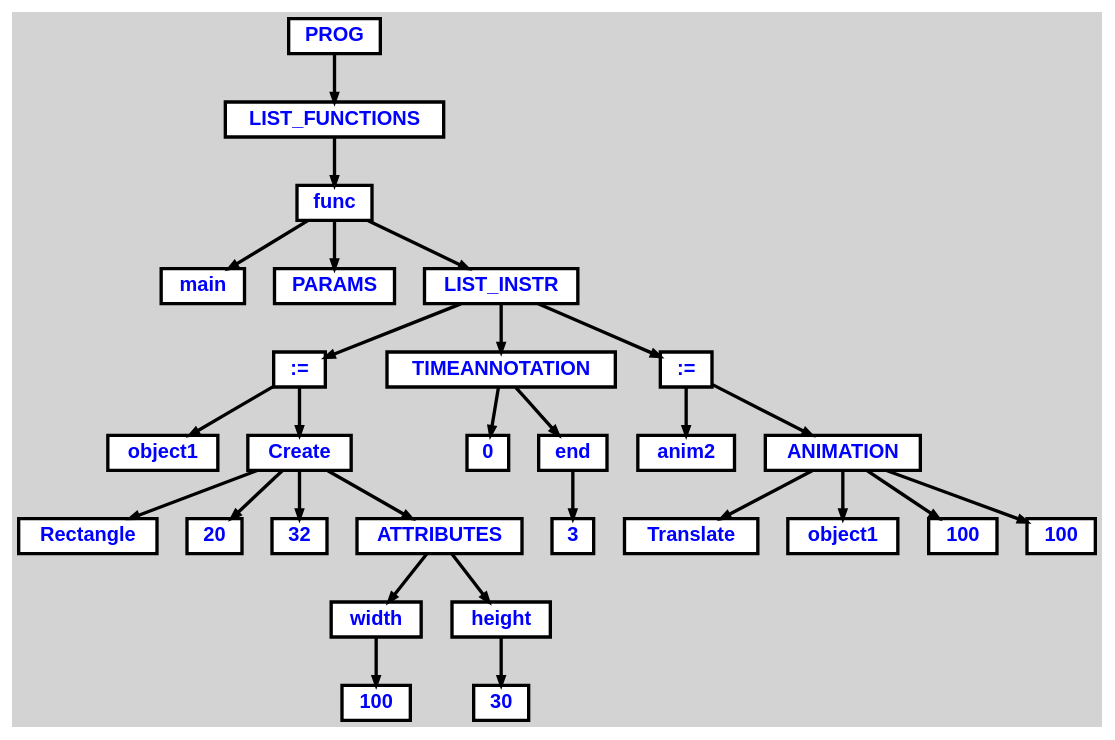
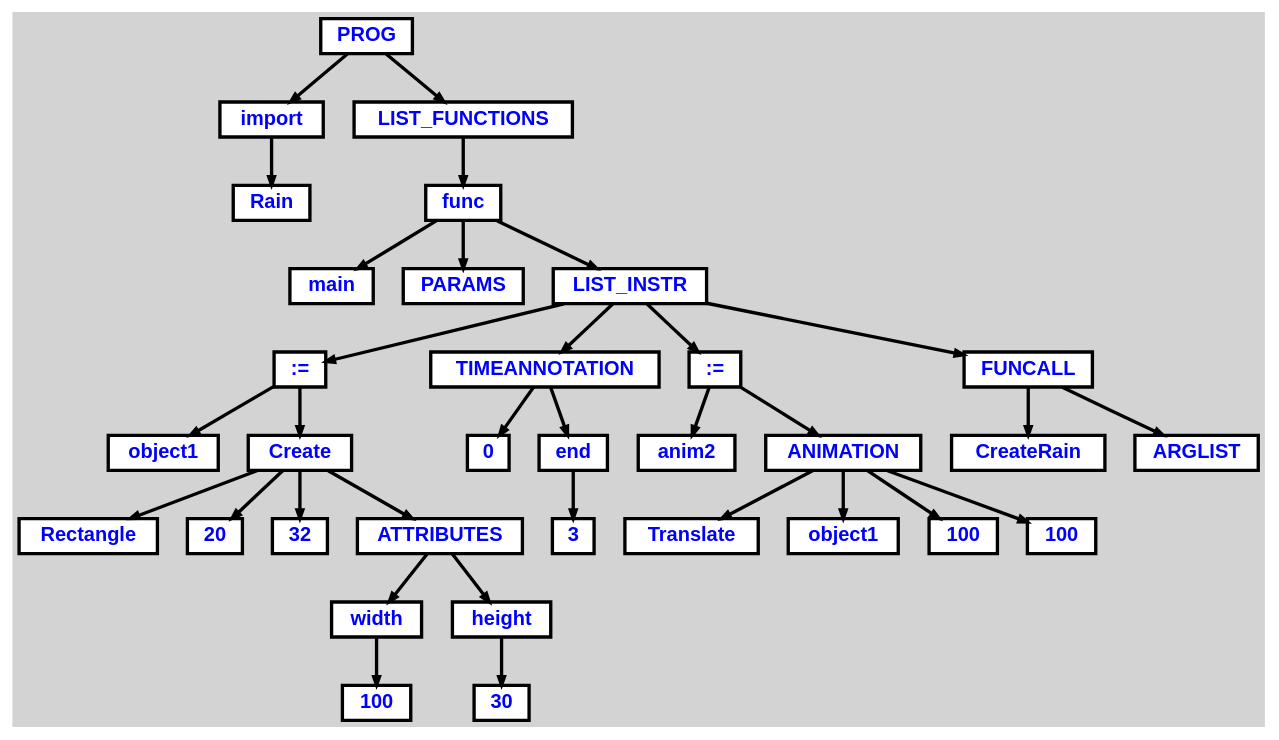
Before and after one commit to 5thingol/Practica-CL: the diagram in examples/create.dot, drawn with Graphviz. The commit also changed 9 other files, not shown here.

```diff
--- a/examples/create.dot
+++ b/examples/create.dot
@@ -1,78 +1,90 @@
 digraph {
 
 	ordering=out;
 	ranksep=.4;
 	bgcolor="lightgrey"; node [shape=box, fixedsize=false, fontsize=12, fontname="Helvetica-bold", fontcolor="blue"
 		width=.25, height=.25, color="black", fillcolor="white", style="filled, solid, bold"];
 	edge [arrowsize=.5, color="black", style="bold"]
 
   n0 [label="PROG"];
-  n1 [label="LIST_FUNCTIONS"];
-  n1 [label="LIST_FUNCTIONS"];
-  n2 [label="func"];
-  n2 [label="func"];
-  n3 [label="main"];
-  n4 [label="PARAMS"];
-  n5 [label="LIST_INSTR"];
-  n5 [label="LIST_INSTR"];
-  n6 [label=":="];
-  n6 [label=":="];
-  n7 [label="object1"];
-  n8 [label="Create"];
-  n8 [label="Create"];
-  n9 [label="Rectangle"];
-  n10 [label="20"];
-  n11 [label="32"];
-  n12 [label="ATTRIBUTES"];
-  n12 [label="ATTRIBUTES"];
-  n13 [label="width"];
-  n13 [label="width"];
-  n14 [label="100"];
-  n15 [label="height"];
-  n15 [label="height"];
-  n16 [label="30"];
-  n17 [label="TIMEANNOTATION"];
-  n17 [label="TIMEANNOTATION"];
-  n18 [label="0"];
-  n19 [label="end"];
-  n19 [label="end"];
-  n20 [label="3"];
-  n21 [label=":="];
-  n21 [label=":="];
-  n22 [label="anim2"];
-  n23 [label="ANIMATION"];
-  n23 [label="ANIMATION"];
-  n24 [label="Translate"];
-  n25 [label="object1"];
-  n26 [label="100"];
-  n27 [label="100"];
+  n1 [label="import"];
+  n1 [label="import"];
+  n2 [label="Rain"];
+  n3 [label="LIST_FUNCTIONS"];
+  n3 [label="LIST_FUNCTIONS"];
+  n4 [label="func"];
+  n4 [label="func"];
+  n5 [label="main"];
+  n6 [label="PARAMS"];
+  n7 [label="LIST_INSTR"];
+  n7 [label="LIST_INSTR"];
+  n8 [label=":="];
+  n8 [label=":="];
+  n9 [label="object1"];
+  n10 [label="Create"];
+  n10 [label="Create"];
+  n11 [label="Rectangle"];
+  n12 [label="20"];
+  n13 [label="32"];
+  n14 [label="ATTRIBUTES"];
+  n14 [label="ATTRIBUTES"];
+  n15 [label="width"];
+  n15 [label="width"];
+  n16 [label="100"];
+  n17 [label="height"];
+  n17 [label="height"];
+  n18 [label="30"];
+  n19 [label="TIMEANNOTATION"];
+  n19 [label="TIMEANNOTATION"];
+  n20 [label="0"];
+  n21 [label="end"];
+  n21 [label="end"];
+  n22 [label="3"];
+  n23 [label=":="];
+  n23 [label=":="];
+  n24 [label="anim2"];
+  n25 [label="ANIMATION"];
+  n25 [label="ANIMATION"];
+  n26 [label="Translate"];
+  n27 [label="object1"];
+  n28 [label="100"];
+  n29 [label="100"];
+  n30 [label="FUNCALL"];
+  n30 [label="FUNCALL"];
+  n31 [label="CreateRain"];
+  n32 [label="ARGLIST"];
 
-  n0 -> n1 // "PROG" -> "LIST_FUNCTIONS"
-  n1 -> n2 // "LIST_FUNCTIONS" -> "func"
-  n2 -> n3 // "func" -> "main"
-  n2 -> n4 // "func" -> "PARAMS"
-  n2 -> n5 // "func" -> "LIST_INSTR"
-  n5 -> n6 // "LIST_INSTR" -> ":="
-  n6 -> n7 // ":=" -> "object1"
-  n6 -> n8 // ":=" -> "Create"
-  n8 -> n9 // "Create" -> "Rectangle"
-  n8 -> n10 // "Create" -> "20"
-  n8 -> n11 // "Create" -> "32"
-  n8 -> n12 // "Create" -> "ATTRIBUTES"
-  n12 -> n13 // "ATTRIBUTES" -> "width"
-  n13 -> n14 // "width" -> "100"
-  n12 -> n15 // "ATTRIBUTES" -> "height"
-  n15 -> n16 // "height" -> "30"
-  n5 -> n17 // "LIST_INSTR" -> "TIMEANNOTATION"
-  n17 -> n18 // "TIMEANNOTATION" -> "0"
-  n17 -> n19 // "TIMEANNOTATION" -> "end"
-  n19 -> n20 // "end" -> "3"
-  n5 -> n21 // "LIST_INSTR" -> ":="
-  n21 -> n22 // ":=" -> "anim2"
-  n21 -> n23 // ":=" -> "ANIMATION"
-  n23 -> n24 // "ANIMATION" -> "Translate"
-  n23 -> n25 // "ANIMATION" -> "object1"
-  n23 -> n26 // "ANIMATION" -> "100"
-  n23 -> n27 // "ANIMATION" -> "100"
+  n0 -> n1 // "PROG" -> "import"
+  n1 -> n2 // "import" -> "Rain"
+  n0 -> n3 // "PROG" -> "LIST_FUNCTIONS"
+  n3 -> n4 // "LIST_FUNCTIONS" -> "func"
+  n4 -> n5 // "func" -> "main"
+  n4 -> n6 // "func" -> "PARAMS"
+  n4 -> n7 // "func" -> "LIST_INSTR"
+  n7 -> n8 // "LIST_INSTR" -> ":="
+  n8 -> n9 // ":=" -> "object1"
+  n8 -> n10 // ":=" -> "Create"
+  n10 -> n11 // "Create" -> "Rectangle"
+  n10 -> n12 // "Create" -> "20"
+  n10 -> n13 // "Create" -> "32"
+  n10 -> n14 // "Create" -> "ATTRIBUTES"
+  n14 -> n15 // "ATTRIBUTES" -> "width"
+  n15 -> n16 // "width" -> "100"
+  n14 -> n17 // "ATTRIBUTES" -> "height"
+  n17 -> n18 // "height" -> "30"
+  n7 -> n19 // "LIST_INSTR" -> "TIMEANNOTATION"
+  n19 -> n20 // "TIMEANNOTATION" -> "0"
+  n19 -> n21 // "TIMEANNOTATION" -> "end"
+  n21 -> n22 // "end" -> "3"
+  n7 -> n23 // "LIST_INSTR" -> ":="
+  n23 -> n24 // ":=" -> "anim2"
+  n23 -> n25 // ":=" -> "ANIMATION"
+  n25 -> n26 // "ANIMATION" -> "Translate"
+  n25 -> n27 // "ANIMATION" -> "object1"
+  n25 -> n28 // "ANIMATION" -> "100"
+  n25 -> n29 // "ANIMATION" -> "100"
+  n7 -> n30 // "LIST_INSTR" -> "FUNCALL"
+  n30 -> n31 // "FUNCALL" -> "CreateRain"
+  n30 -> n32 // "FUNCALL" -> "ARGLIST"
 
 }
```
